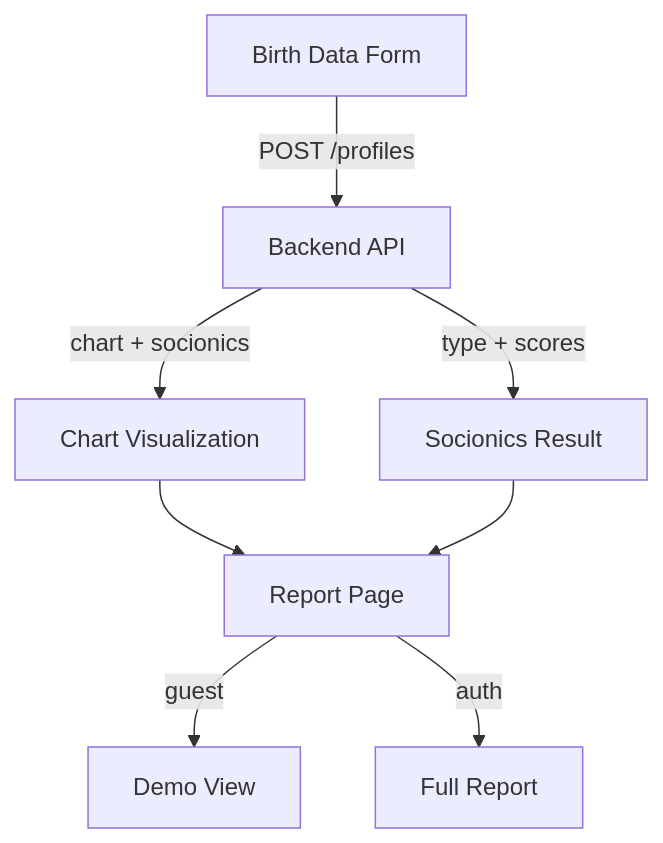
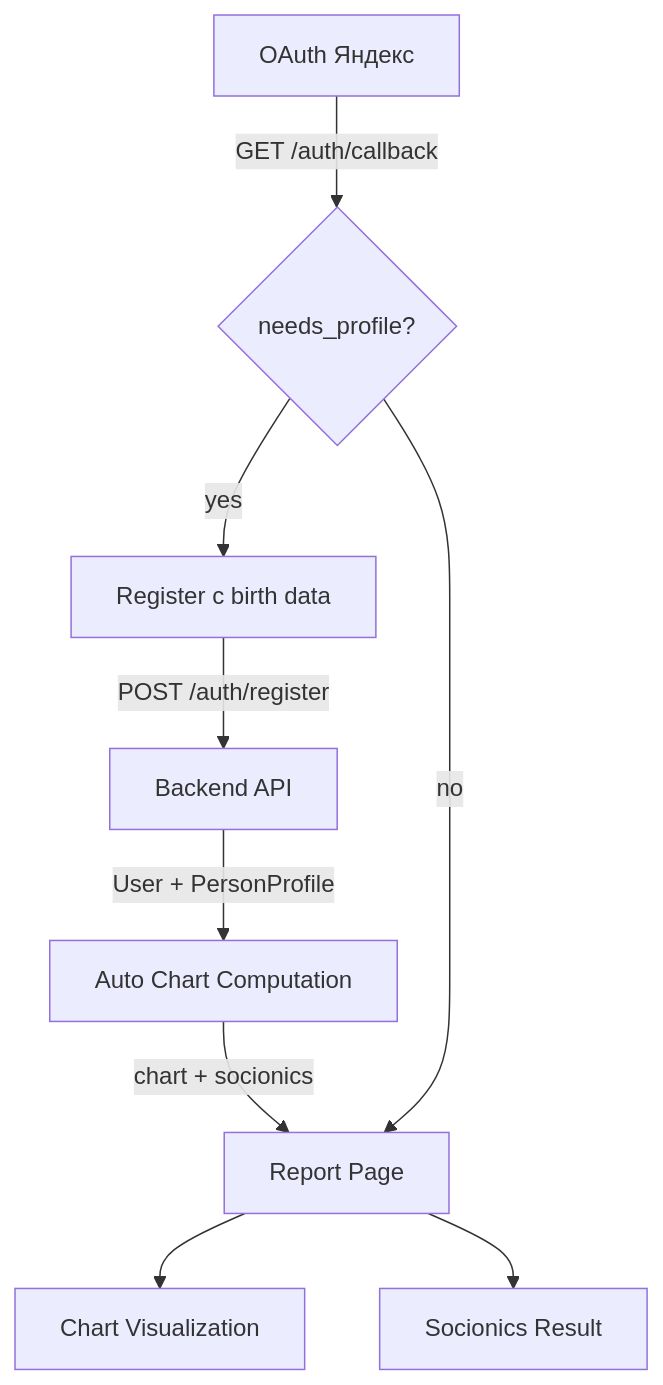
One commit to fixemer90-stack/Archemap changed the diagram in docs/features/E9-frontend-self-report/FEATURE.md. Above: the diagram before and after it, drawn with Mermaid. The commit also changed other lines of this file and 3 other files, not shown here.

First line of the commit message:
docs(E9): simplify feature - remove guest access and duplicate form

````diff
--- a/docs/features/E9-frontend-self-report/FEATURE.md
+++ b/docs/features/E9-frontend-self-report/FEATURE.md
@@ -35,10 +33,12 @@
 ```mermaid
 flowchart TD
-    A[Birth Data Form] -->|POST /profiles| B[Backend API]
-    B -->|chart + socionics| C[Chart Visualization]
-    B -->|type + scores| D[Socionics Result]
-    C --> E[Report Page]
-    D --> E
-    E -->|guest| F[Demo View]
-    E -->|auth| G[Full Report]
+    A[Register с birth data] -->|POST /auth/register| B[Backend API]
+    B -->|User + PersonProfile| C[Auto Chart Computation]
+    C -->|chart + socionics| D[Report Page]
+    D --> E[Chart Visualization]
+    D --> F[Socionics Result]
+    
+    G[OAuth Яндекс] -->|GET /auth/callback| H{needs_profile?}
+    H -->|yes| A
+    H -->|no| D
 ```
````
